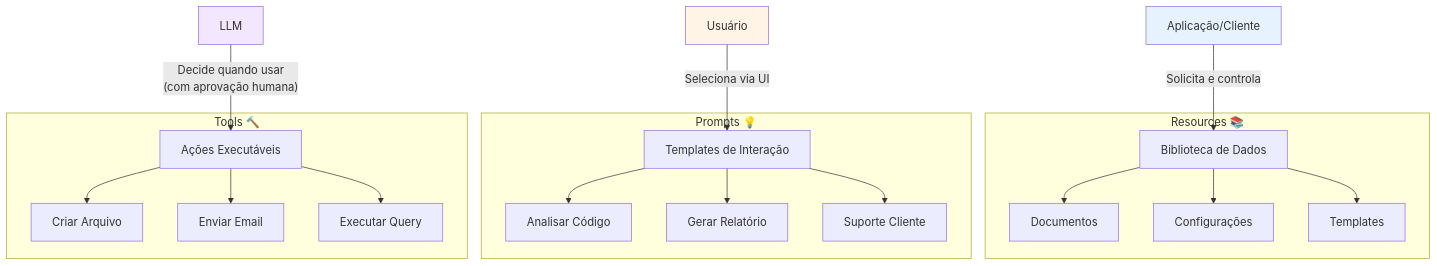
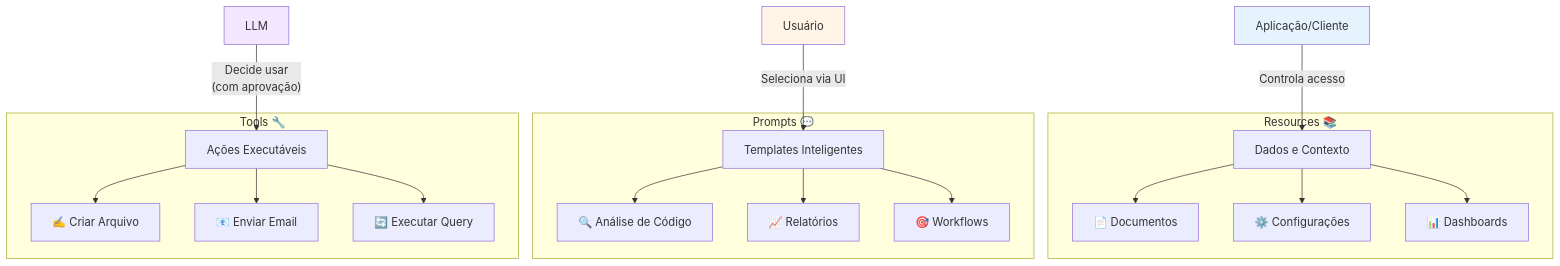
One commit to felipepimentel/my-public-notes changed the fifth of 20 diagrams in AI/Comunicação/MCP/00-mcp-presentation-zero to hero.md. Above: the diagram before and after it, drawn with Mermaid. The commit also changed other lines of this file, not shown here.

````diff
--- a/AI/Comunicação/MCP/00-mcp-presentation-zero to hero.md
+++ b/AI/Comunicação/MCP/00-mcp-presentation-zero to hero.md
@@ -118,31 +136,31 @@
 ```mermaid
 graph TD
     subgraph "Resources 📚"
-        R[Biblioteca de Dados]
-        R --> R1[Documentos]
-        R --> R2[Configurações]
-        R --> R3[Templates]
+        R[Dados e Contexto]
+        R --> R1[📄 Documentos]
+        R --> R2[⚙️ Configurações]
+        R --> R3[📊 Dashboards]
     end
     
-    subgraph "Prompts 💡"
-        P[Templates de Interação]
-        P --> P1[Analisar Código]
-        P --> P2[Gerar Relatório]
-        P --> P3[Suporte Cliente]
+    subgraph "Prompts 💬"
+        P[Templates Inteligentes]
+        P --> P1[🔍 Análise de Código]
+        P --> P2[📈 Relatórios]
+        P --> P3[🎯 Workflows]
     end
     
-    subgraph "Tools 🔨"
+    subgraph "Tools 🔧"
         T[Ações Executáveis]
-        T --> T1[Criar Arquivo]
-        T --> T2[Enviar Email]
-        T --> T3[Executar Query]
+        T --> T1[✍️ Criar Arquivo]
+        T --> T2[📧 Enviar Email]
+        T --> T3[🔄 Executar Query]
     end
     
-    A[Aplicação/Cliente] -->|"Solicita e controla"| R
+    A[Aplicação/Cliente] -->|"Controla acesso"| R
     U[Usuário] -->|"Seleciona via UI"| P
-    L[LLM] -->|"Decide quando usar<br/>(com aprovação humana)"| T
+    L[LLM] -->|"Decide usar<br/>(com aprovação)"| T
     
     style A fill:#e6f3ff
     style U fill:#fff4e6
     style L fill:#f3e6ff
 ```
````
